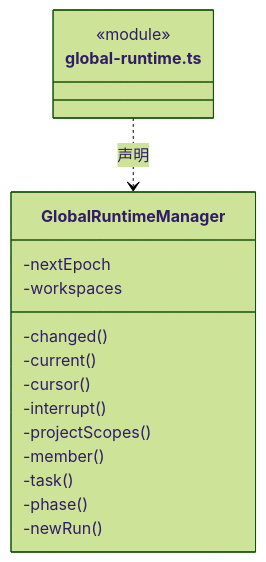
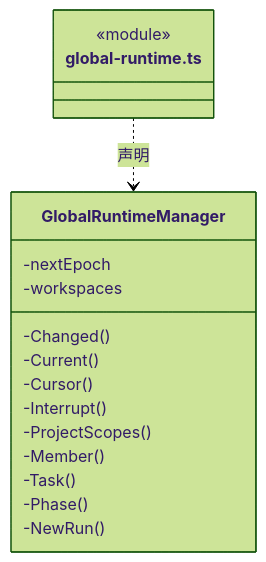
The second of 8 diagrams in src/logic/runtime/monitoring/ARCHITECTURE.md (nan023062/cbim), drawn with Mermaid (forest theme) before and after one commit. The commit also changed other lines of this file and 1035 other files, not shown here.

````diff
--- a/src/logic/runtime/monitoring/ARCHITECTURE.md
+++ b/src/logic/runtime/monitoring/ARCHITECTURE.md
@@ -75,20 +75,20 @@
 ```mermaid
 classDiagram
 class N_src_logic_runtime_monitoring_global_runtime_ts["global-runtime.ts"] {
   <<module>>
 }
 class N_src_logic_runtime_monitoring_global_runtime_ts_GlobalRuntimeManager["GlobalRuntimeManager"] {
   -nextEpoch
   -workspaces
-  -changed()
-  -current()
-  -cursor()
-  -interrupt()
-  -projectScopes()
-  -member()
-  -task()
-  -phase()
-  -newRun()
+  -Changed()
+  -Current()
+  -Cursor()
+  -Interrupt()
+  -ProjectScopes()
+  -Member()
+  -Task()
+  -Phase()
+  -NewRun()
 }
 N_src_logic_runtime_monitoring_global_runtime_ts ..> N_src_logic_runtime_monitoring_global_runtime_ts_GlobalRuntimeManager : 声明
 ```
````
